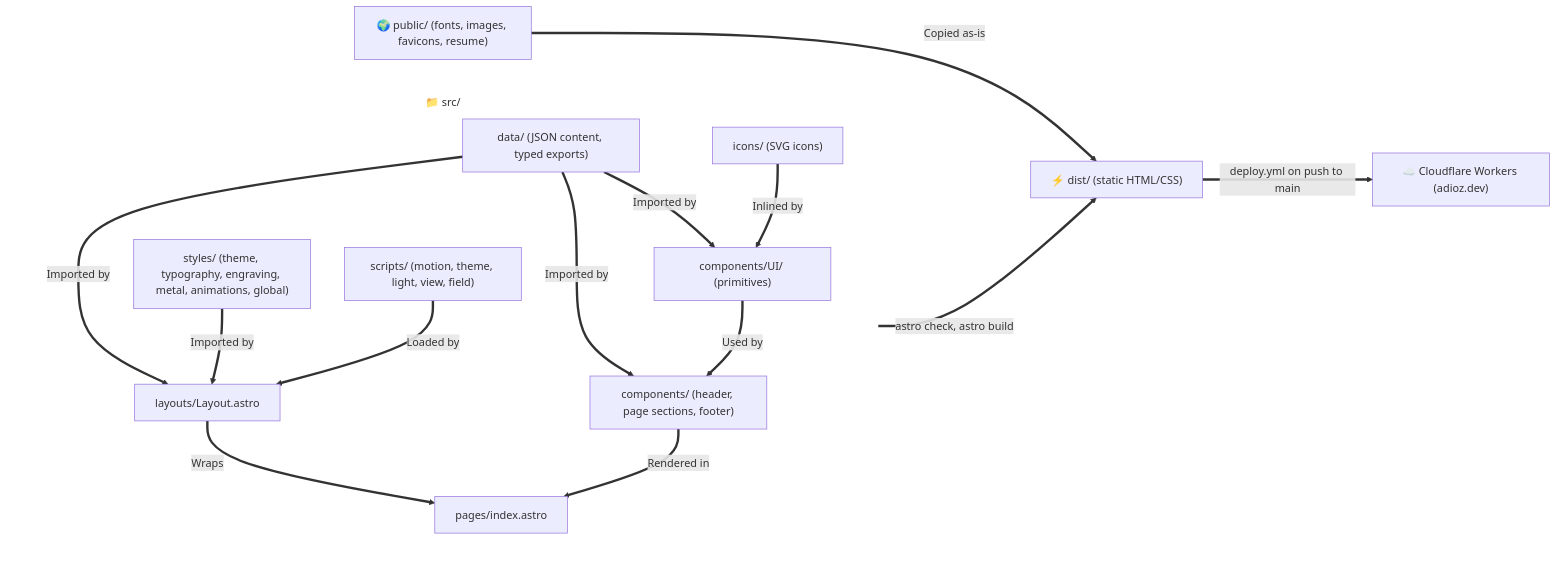
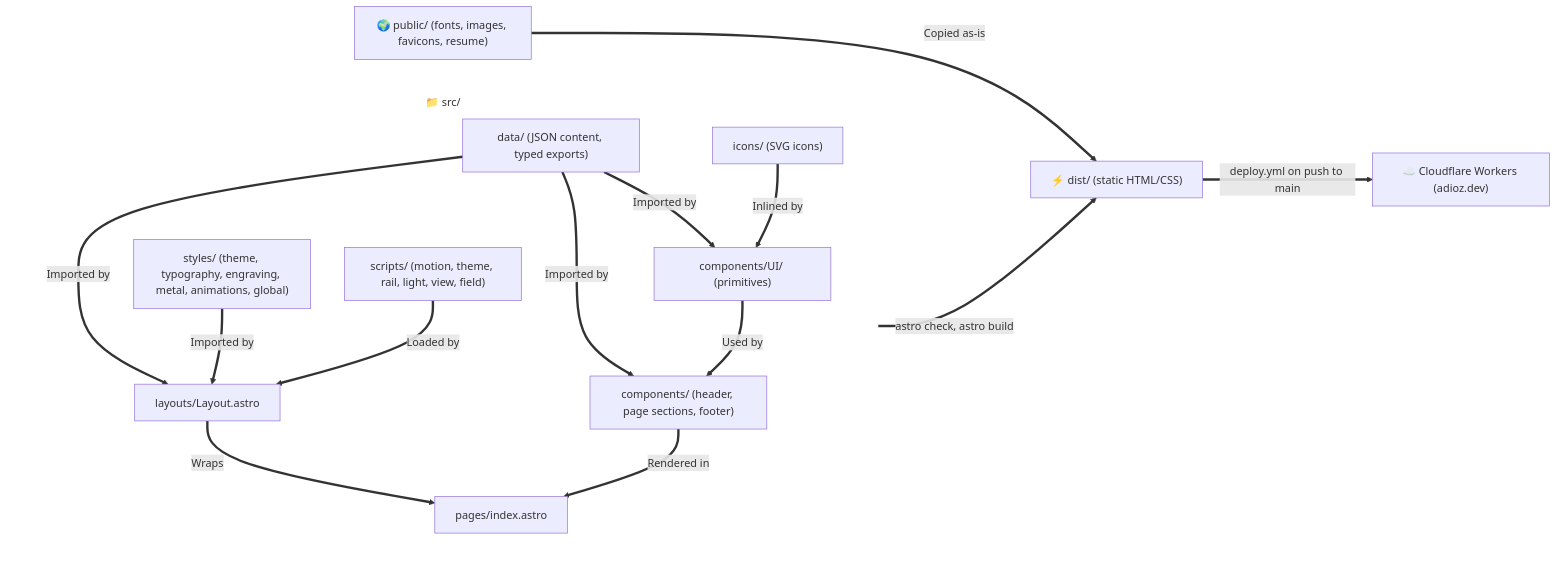
One commit to adiozeshitemi/adioz-profile changed the diagram in docs/architecture.md. Above: the diagram before and after it, drawn with Mermaid. The commit also changed other lines of this file and 14 other files, not shown here.

````diff
--- a/docs/architecture.md
+++ b/docs/architecture.md
@@ -9,33 +9,33 @@
 ```mermaid
 flowchart LR
     %% Define invisible styling for subgraphs to remove backgrounds and borders
     classDef transparent fill:none,stroke:none;
 
     subgraph Src ["📁 src/"]
         direction TB
         Data["data/ (JSON content, typed exports)"]
         Styles["styles/ (theme, typography, engraving, metal, animations, global)"]
-        Scripts["scripts/ (motion, theme, light, view, field)"]
+        Scripts["scripts/ (motion, theme, rail, light, view, field)"]
         Icons["icons/ (SVG icons)"]
         UI["components/UI/ (primitives)"]
         Sections["components/ (header, page sections, footer)"]
         Layout["layouts/Layout.astro"]
         Page["pages/index.astro"]
     end
 
     Icons ==>|Inlined by| UI
     Data ==>|Imported by| UI
     Data ==>|Imported by| Sections
     UI ==>|Used by| Sections
     Data ==>|Imported by| Layout
     Styles ==>|Imported by| Layout
     Scripts ==>|Loaded by| Layout
     Sections ==>|Rendered in| Page
     Layout ==>|Wraps| Page
     Page ==>|astro check, astro build| Dist["⚡ dist/ (static HTML/CSS)"]
     Public["🌍 public/ (fonts, images, favicons, resume)"] ==>|Copied as-is| Dist
     Dist ==>|deploy.yml on push to main| Workers["☁️ Cloudflare Workers (adioz.dev)"]
 
     %% Apply transparent class to subgraphs
     class Src transparent;
 ```
````
